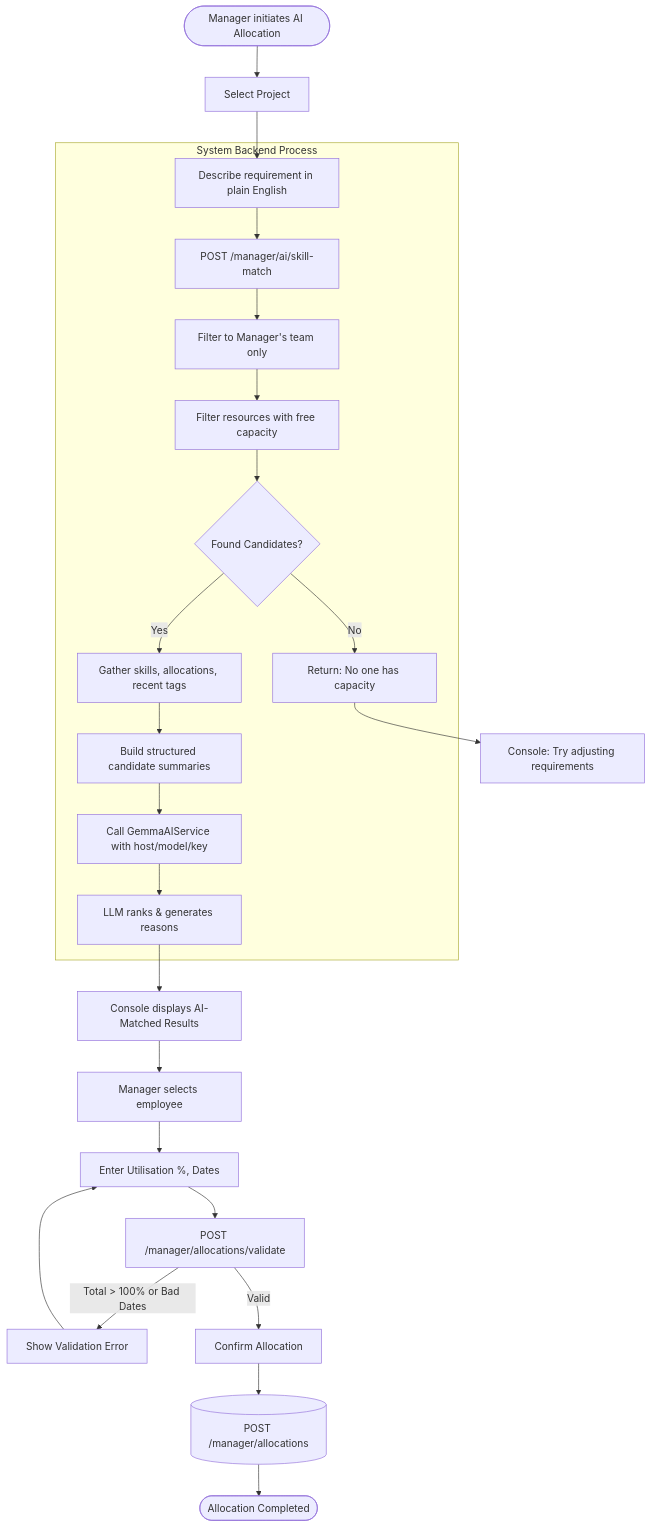
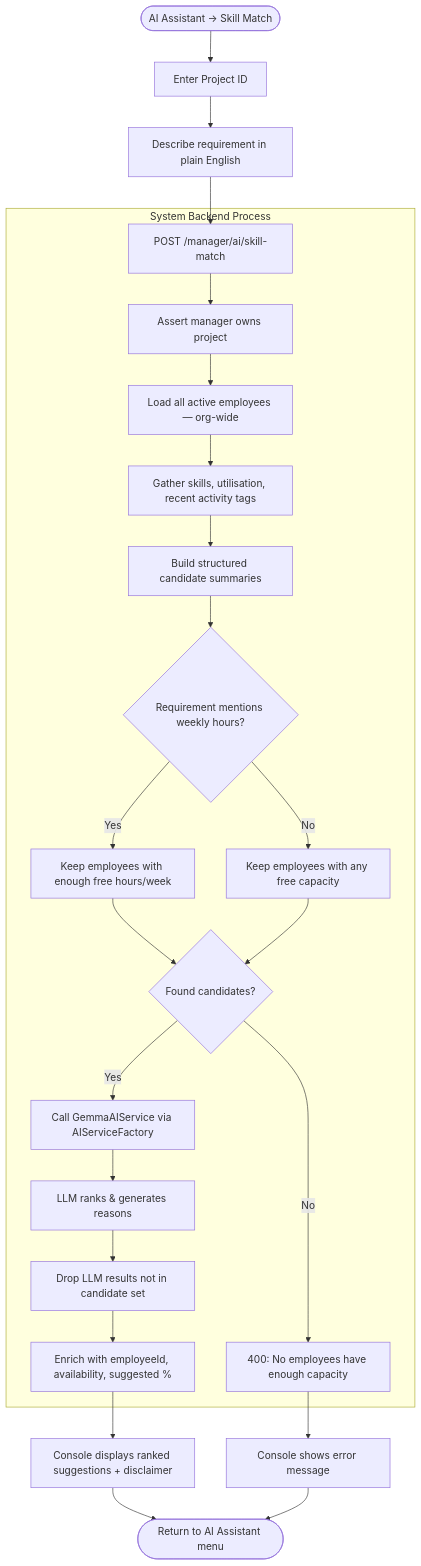
One commit to RiyaAmetaITT/Project-Resource-Management-tool changed the fifth of 8 diagrams in UML Design/flow_diagrams.md. Above: the diagram before and after it, drawn with Mermaid. The commit also changed other lines of this file and 1 other file, not shown here.

Commit message:
Added updated design diagram

````diff
--- a/UML Design/flow_diagrams.md
+++ b/UML Design/flow_diagrams.md
@@ -167,31 +169,28 @@
 ```mermaid
 flowchart TD
-    Start([Manager initiates AI Allocation]) --> Proj[Select Project]
+    Start([AI Assistant → Skill Match]) --> Proj[Enter Project ID]
     Proj --> Req[Describe requirement in plain English]
+    Req --> API[POST /manager/ai/skill-match]
 
     subgraph System Backend Process
-        Req --> API[POST /manager/ai/skill-match]
-        API --> ScopeTeam[Filter to Manager's team only]
-        ScopeTeam --> FilterCap[Filter resources with free capacity]
-        FilterCap --> CheckEmpty{Found Candidates?}
-        CheckEmpty -- No --> ReturnEmpty[Return: No one has capacity]
-        CheckEmpty -- Yes --> GatherData[Gather skills, allocations, recent tags]
+        API --> OwnProj[Assert manager owns project]
+        OwnProj --> LoadAll[Load all active employees — org-wide]
+        LoadAll --> GatherData[Gather skills, utilisation, recent activity tags]
         GatherData --> BuildSumm[Build structured candidate summaries]
-        BuildSumm --> LLMCall[Call GemmaAIService with host/model/key]
+        BuildSumm --> ParseHrs{Requirement mentions weekly hours?}
+        ParseHrs -- Yes --> FilterPart[Keep employees with enough free hours/week]
+        ParseHrs -- No --> FilterFull[Keep employees with any free capacity]
+        FilterPart --> CheckEmpty{Found candidates?}
+        FilterFull --> CheckEmpty
+        CheckEmpty -- No --> ThrowErr[400: No employees have enough capacity]
+        CheckEmpty -- Yes --> LLMCall[Call GemmaAIService via AIServiceFactory]
         LLMCall --> LLMParse[LLM ranks & generates reasons]
+        LLMParse --> FilterValid[Drop LLM results not in candidate set]
+        FilterValid --> Enrich[Enrich with employeeId, availability, suggested %]
     end
 
-    LLMParse --> ShowUI[Console displays AI-Matched Results]
-    ReturnEmpty --> ShowEmptyUI[Console: Try adjusting requirements]
-
-    ShowUI --> SelectEmp[Manager selects employee]
-    SelectEmp --> EnterDetails[Enter Utilisation %, Dates]
-    EnterDetails --> Validate[POST /manager/allocations/validate]
-
-    Validate -- "Total > 100% or Bad Dates" --> ShowError[Show Validation Error]
-    ShowError --> EnterDetails
-
-    Validate -- Valid --> Confirm[Confirm Allocation]
-    Confirm --> SaveDB[(POST /manager/allocations)]
-    SaveDB --> End([Allocation Completed])
+    Enrich --> ShowUI[Console displays ranked suggestions + disclaimer]
+    ThrowErr --> ShowErr[Console shows error message]
+    ShowUI --> End([Return to AI Assistant menu])
+    ShowErr --> End
 ```
````
